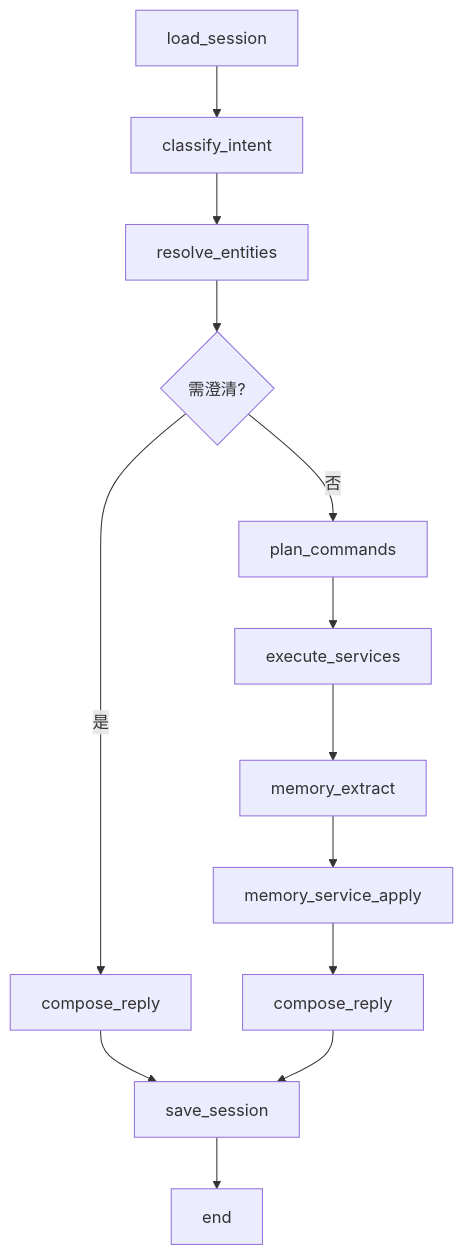
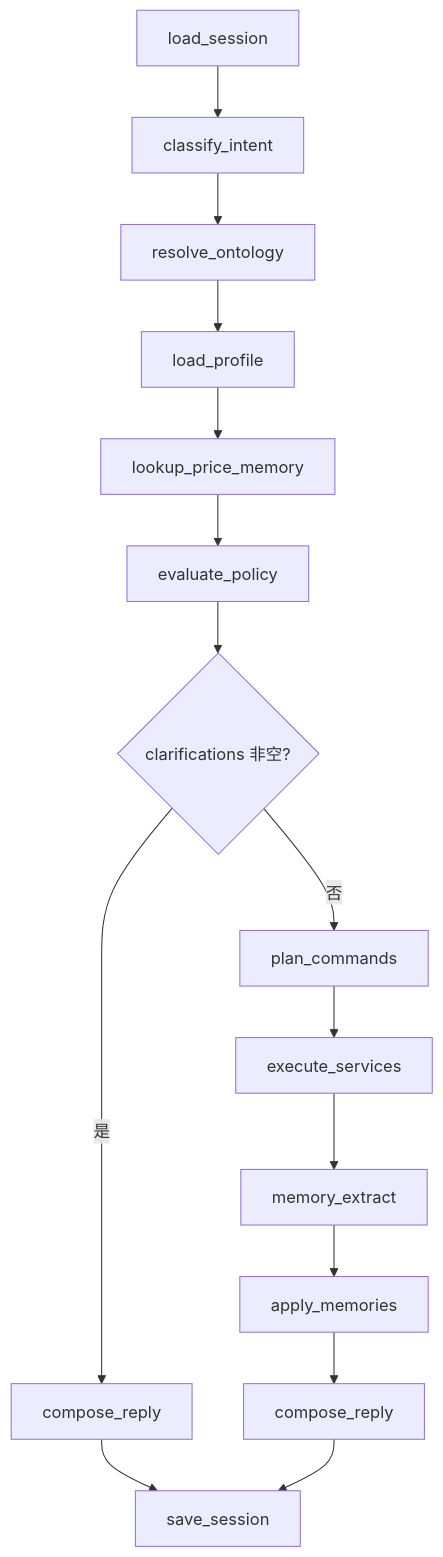
Before and after one commit to hanzezheng/ai-order-clerk: the second of 2 diagrams in docs/DESIGN.md, drawn with Mermaid. The commit also changed other lines of this file, not shown here.

````diff
--- a/docs/DESIGN.md
+++ b/docs/DESIGN.md
@@ -374,15 +367,17 @@
 ```mermaid
 flowchart TD
-  start[load_session] --> intent[classify_intent]
-  intent --> resolve[resolve_entities]
-  resolve --> clarify{需澄清?}
-  clarify -->|是| replyAsk[compose_reply]
-  clarify -->|否| plan[plan_commands]
+  load[load_session] --> intent[classify_intent]
+  intent --> resolve[resolve_ontology]
+  resolve --> profile[load_profile]
+  profile --> price[lookup_price_memory]
+  price --> verdict[evaluate_policy]
+  verdict --> need{clarifications 非空?}
+  need -->|是| replyAsk[compose_reply]
+  need -->|否| plan[plan_commands]
   plan --> exec[execute_services]
   exec --> mem[memory_extract]
-  mem --> persistMem[memory_service_apply]
-  persistMem --> reply[compose_reply]
+  mem --> persist[apply_memories]
+  persist --> reply[compose_reply]
   replyAsk --> save[save_session]
   reply --> save
-  save --> endNode[end]
 ```
````
